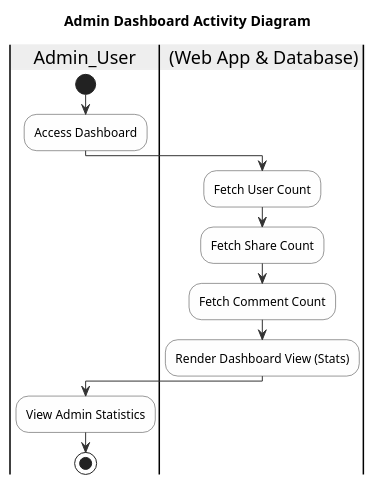
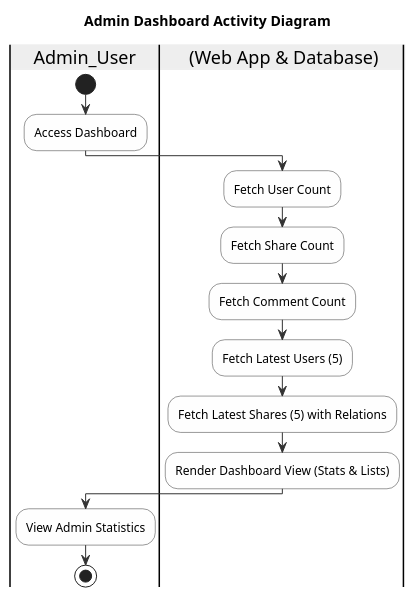
One commit to HeinreichMorphine/musicsocial changed the diagram in activity_diagram_admin_dashboard.plantuml. Above: the diagram before and after it, drawn with PlantUML. The commit also changed 123 other files, not shown here.

```diff
--- a/activity_diagram_admin_dashboard.plantuml
+++ b/activity_diagram_admin_dashboard.plantuml
@@ -1,25 +1,27 @@
 @startuml
 title Admin Dashboard Activity Diagram
 skinparam swimlaneBorderColor black
 skinparam swimlaneTitleBackgroundColor #EEE
 skinparam activityBackgroundColor #FEFEFE
 skinparam activityArrowColor #333
 skinparam activityBorderColor #333
 skinparam nodesep 50
 skinparam ranksep 50
 
 |Admin_User|
 |System| (Web App & Database)
 
 |Admin_User|
 start
 :Access Dashboard;
 |System|
 :Fetch User Count;
 :Fetch Share Count;
 :Fetch Comment Count;
-:Render Dashboard View (Stats);
+:Fetch Latest Users (5);
+:Fetch Latest Shares (5) with Relations;
+:Render Dashboard View (Stats & Lists);
 |Admin_User|
 :View Admin Statistics;
 stop
 @enduml
```
